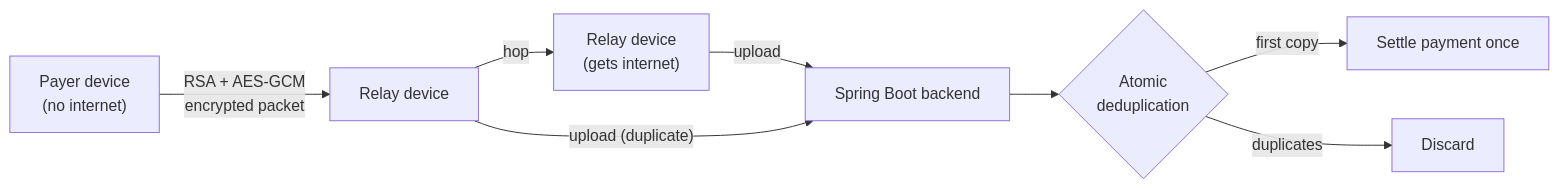
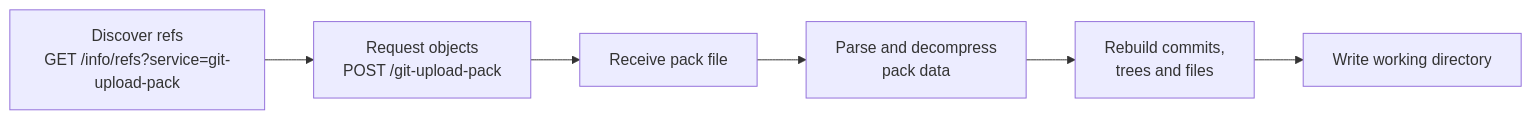
Before and after one commit to itsprateek4510/itsprateek4510: the third of 3 diagrams in README.md, drawn with Mermaid. The commit also changed other lines of this file, not shown here.

````diff
--- a/README.md
+++ b/README.md
@@ -39,10 +177,8 @@
 ```mermaid
 flowchart LR
-    A["Payer device<br/>(no internet)"] -->|"RSA + AES-GCM<br/>encrypted packet"| B["Relay device"]
-    B -->|"hop"| C["Relay device<br/>(gets internet)"]
-    C -->|"upload"| D["Spring Boot backend"]
-    B -->|"upload (duplicate)"| D
-    D --> E{"Atomic<br/>deduplication"}
-    E -->|"first copy"| F["Settle payment once"]
-    E -->|"duplicates"| G["Discard"]
+    A["Discover refs<br/>GET /info/refs?service=git-upload-pack"] --> B["Request objects<br/>POST /git-upload-pack"]
+    B --> C["Receive pack file"]
+    C --> D["Parse and decompress<br/>pack data"]
+    D --> E["Rebuild commits,<br/>trees and files"]
+    E --> F["Write working directory"]
 ```
````
